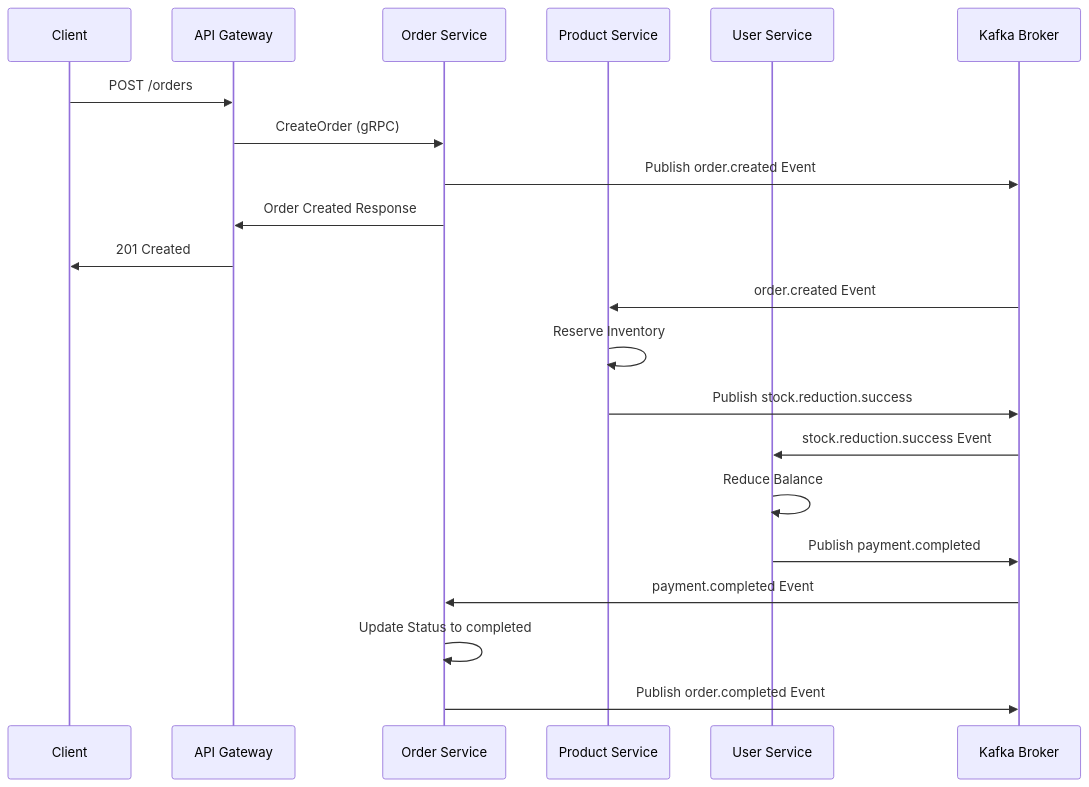
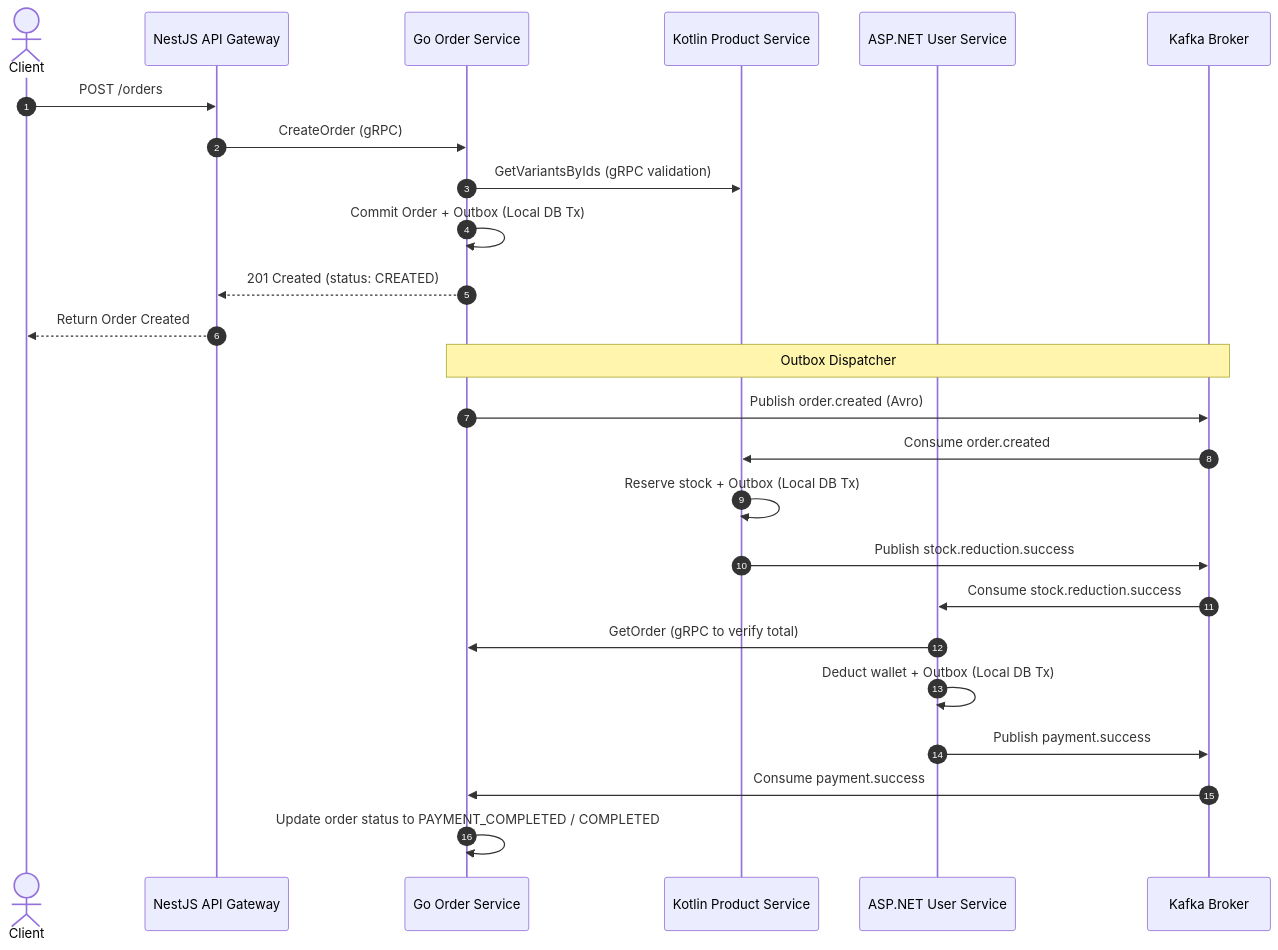
The second of 5 diagrams in README.md (EdwardLTC/e-commerce-microservice), drawn with Mermaid before and after one commit. The commit also changed other lines of this file and 97 other files, not shown here.

````diff
--- a/README.md
+++ b/README.md
@@ -155,28 +211,32 @@
 ```mermaid
 sequenceDiagram
-    participant Client
-    participant Gateway as API Gateway
-    participant OrderSvc as Order Service
-    participant ProductSvc as Product Service
-    participant UserSvc as User Service
+    autonumber
+    actor Client
+    participant Gateway as NestJS API Gateway
+    participant OrderSvc as Go Order Service
+    participant ProductSvc as Kotlin Product Service
+    participant UserSvc as ASP.NET User Service
     participant Kafka as Kafka Broker
 
     Client->>Gateway: POST /orders
     Gateway->>OrderSvc: CreateOrder (gRPC)
-    OrderSvc->>Kafka: Publish order.created Event
-    OrderSvc->>Gateway: Order Created Response
-    Gateway->>Client: 201 Created
+    OrderSvc->>ProductSvc: GetVariantsByIds (gRPC validation)
+    OrderSvc->>OrderSvc: Commit Order + Outbox (Local DB Tx)
+    OrderSvc-->>Gateway: 201 Created (status: CREATED)
+    Gateway-->>Client: Return Order Created
+
+    Note over OrderSvc,Kafka: Outbox Dispatcher
+    OrderSvc->>Kafka: Publish order.created (Avro)
     
-    Kafka->>ProductSvc: order.created Event
-    ProductSvc->>ProductSvc: Reserve Inventory
+    Kafka->>ProductSvc: Consume order.created
+    ProductSvc->>ProductSvc: Reserve stock + Outbox (Local DB Tx)
     ProductSvc->>Kafka: Publish stock.reduction.success
     
-    Kafka->>UserSvc: stock.reduction.success Event
-    UserSvc->>UserSvc: Reduce Balance
-    UserSvc->>Kafka: Publish payment.completed
+    Kafka->>UserSvc: Consume stock.reduction.success
+    UserSvc->>OrderSvc: GetOrder (gRPC to verify total)
+    UserSvc->>UserSvc: Deduct wallet + Outbox (Local DB Tx)
+    UserSvc->>Kafka: Publish payment.success
     
-    Kafka->>OrderSvc: payment.completed Event
-    OrderSvc->>OrderSvc: Update Status to completed
-    OrderSvc->>Kafka: Publish order.completed Event
-
+    Kafka->>OrderSvc: Consume payment.success
+    OrderSvc->>OrderSvc: Update order status to PAYMENT_COMPLETED / COMPLETED
 ```
````
